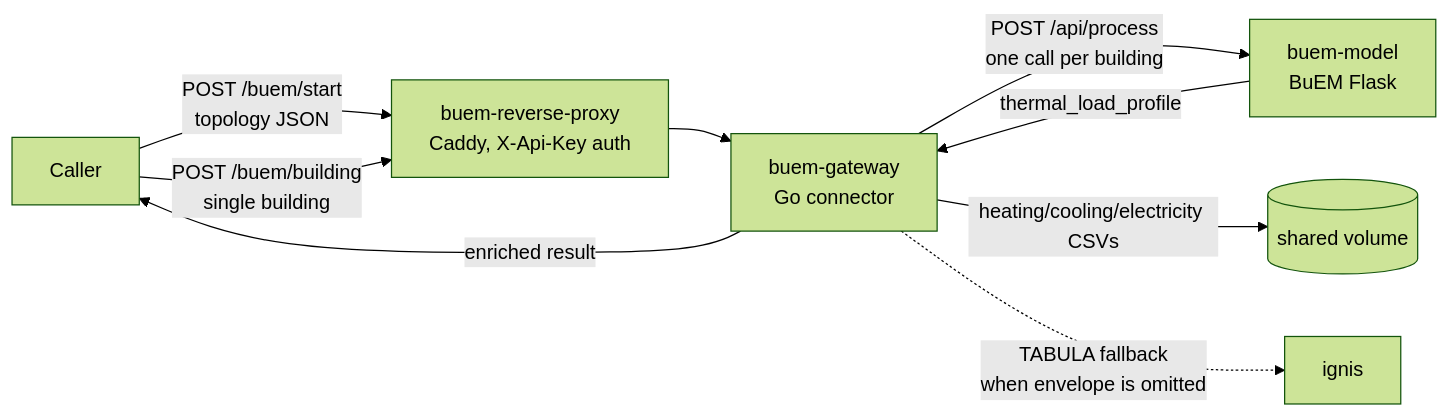
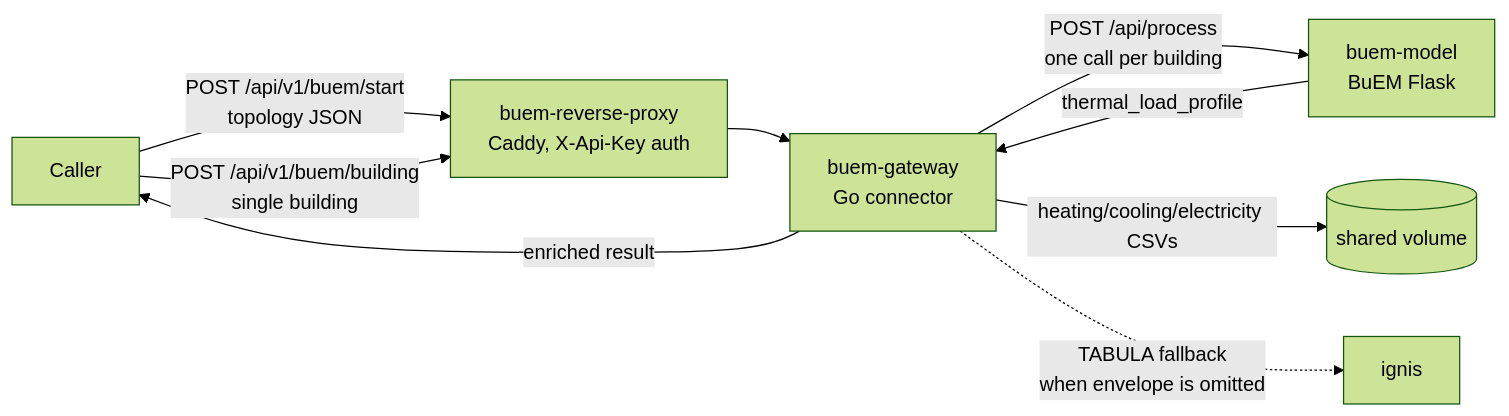
One commit to enerplanet/buem-gateway changed the diagram in README.md. Above: the diagram before and after it, drawn with Mermaid (forest theme). The commit also changed other lines of this file and 16 other files, not shown here.

````diff
--- a/README.md
+++ b/README.md
@@ -23,11 +24,11 @@
 ```mermaid
 graph LR
-    CALLER[Caller] -->|POST /buem/start<br>topology JSON| PROXY[buem-reverse-proxy<br>Caddy, X-Api-Key auth]
-    CALLER -->|POST /buem/building<br>single building| PROXY
+    CALLER[Caller] -->|POST /api/v1/buem/start<br>topology JSON| PROXY[buem-reverse-proxy<br>Caddy, X-Api-Key auth]
+    CALLER -->|POST /api/v1/buem/building<br>single building| PROXY
     PROXY --> APP[buem-gateway<br>Go connector]
     APP -->|POST /api/process<br>one call per building| MODEL[buem-model<br>BuEM Flask]
     MODEL -->|thermal_load_profile| APP
     APP -->|enriched result| CALLER
     APP -->|heating/cooling/electricity CSVs| VOL[(shared volume)]
     APP -.->|TABULA fallback<br>when envelope is omitted| IGNIS[ignis]
 ```
````
